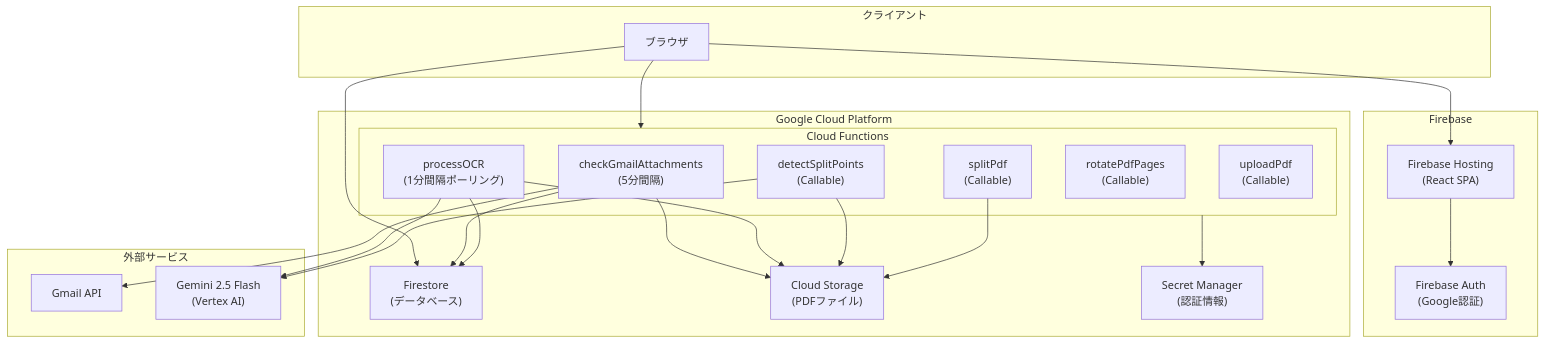
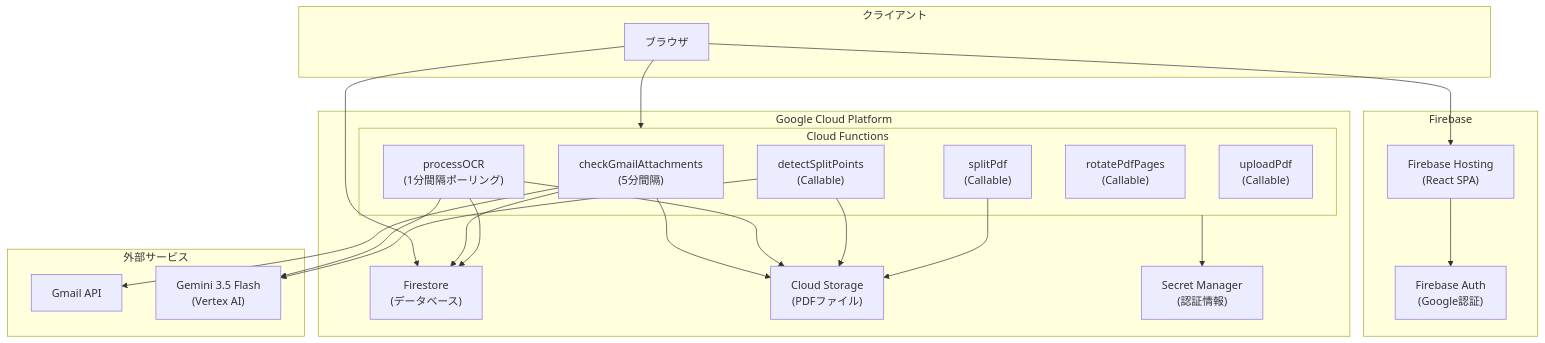
One commit to yasushi-honda/doc-split changed the first of 6 diagrams in docs/architecture.md. Above: the diagram before and after it, drawn with Mermaid. The commit also changed other lines of this file and 15 other files, not shown here.

````diff
--- a/docs/architecture.md
+++ b/docs/architecture.md
@@ -5,50 +5,50 @@
 ```mermaid
 flowchart TB
     subgraph Client["クライアント"]
         Browser["ブラウザ"]
     end
 
     subgraph Firebase["Firebase"]
         Hosting["Firebase Hosting<br/>(React SPA)"]
         Auth["Firebase Auth<br/>(Google認証)"]
     end
 
     subgraph GCP["Google Cloud Platform"]
         subgraph Functions["Cloud Functions"]
             CheckGmail["checkGmailAttachments<br/>(5分間隔)"]
             ProcessOCR["processOCR<br/>(1分間隔ポーリング)"]
             DetectSplit["detectSplitPoints<br/>(Callable)"]
             SplitPdf["splitPdf<br/>(Callable)"]
             RotatePdf["rotatePdfPages<br/>(Callable)"]
             UploadPdf["uploadPdf<br/>(Callable)"]
         end
 
         Firestore["Firestore<br/>(データベース)"]
         Storage["Cloud Storage<br/>(PDFファイル)"]
         SecretManager["Secret Manager<br/>(認証情報)"]
     end
 
     subgraph External["外部サービス"]
         Gmail["Gmail API"]
-        Gemini["Gemini 2.5 Flash<br/>(Vertex AI)"]
+        Gemini["Gemini 3.5 Flash<br/>(Vertex AI)"]
     end
 
     Browser --> Hosting
     Hosting --> Auth
     Browser --> Firestore
     Browser --> Functions
 
     CheckGmail --> Gmail
     CheckGmail --> Storage
     CheckGmail --> Firestore
 
     ProcessOCR --> Storage
     ProcessOCR --> Gemini
     ProcessOCR --> Firestore
 
     DetectSplit --> Storage
     DetectSplit --> Gemini
     SplitPdf --> Storage
 
     Functions --> SecretManager
 ```
````
